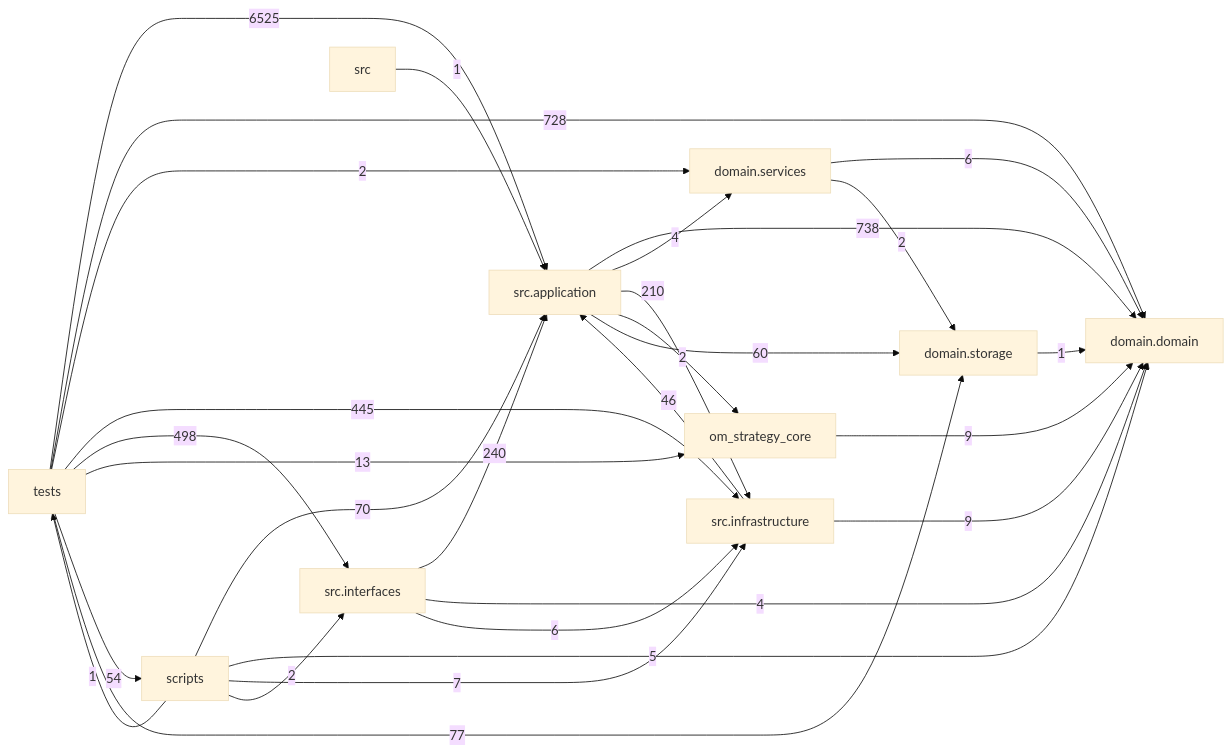
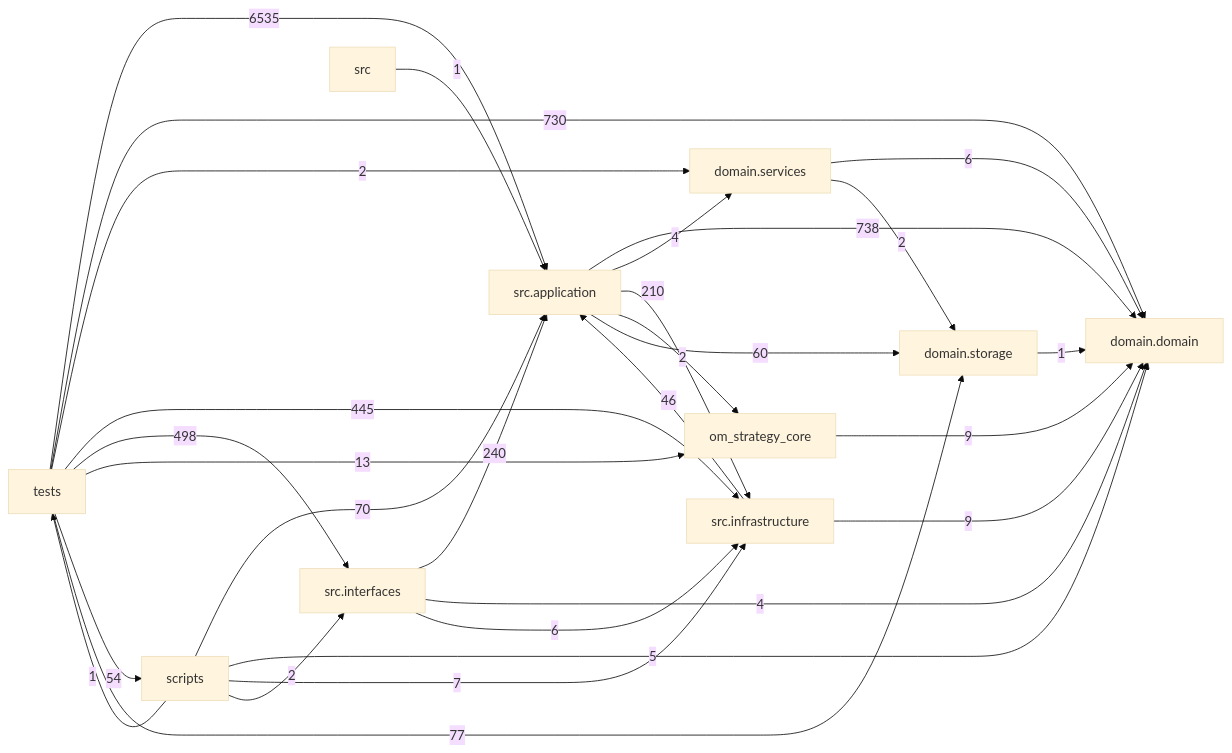
The diagram in docs/DEPENDENCY_GRAPH.md (liuxie066/options-monitor), drawn with Mermaid (base theme) before and after one commit. The commit also changed other lines of this file and 3 other files, not shown here.

````diff
--- a/docs/DEPENDENCY_GRAPH.md
+++ b/docs/DEPENDENCY_GRAPH.md
@@ -24,39 +24,39 @@
 ```mermaid
 flowchart LR
   tests["tests"]
   scripts["scripts"]
   interfaces["src.interfaces"]
   application["src.application"]
   infrastructure["src.infrastructure"]
   domain_services["domain.services"]
   domain["domain.domain"]
   storage["domain.storage"]
   application -->|738| domain
   application -->|4| domain_services
   application -->|210| infrastructure
   application -->|2| om_strategy_core
   application -->|60| storage
   domain_services -->|6| domain
   domain_services -->|2| storage
   infrastructure -->|46| application
   infrastructure -->|9| domain
   interfaces -->|240| application
   interfaces -->|4| domain
   interfaces -->|6| infrastructure
   om_strategy_core -->|9| domain
   scripts -->|70| application
   scripts -->|5| domain
   scripts -->|7| infrastructure
   scripts -->|2| interfaces
   scripts -->|1| tests
   src -->|1| application
   storage -->|1| domain
-  tests -->|6525| application
-  tests -->|728| domain
+  tests -->|6535| application
+  tests -->|730| domain
   tests -->|2| domain_services
   tests -->|445| infrastructure
   tests -->|498| interfaces
   tests -->|13| om_strategy_core
   tests -->|54| scripts
   tests -->|77| storage
 ```
````
